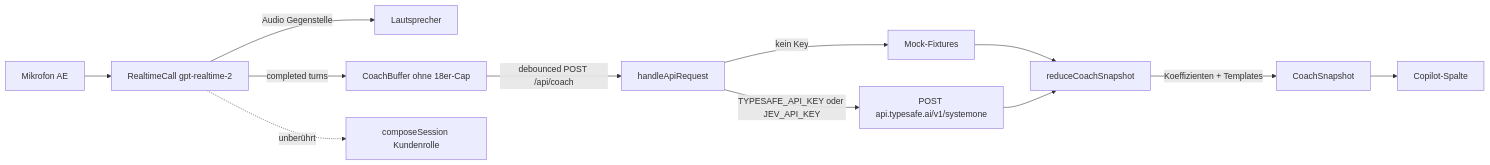
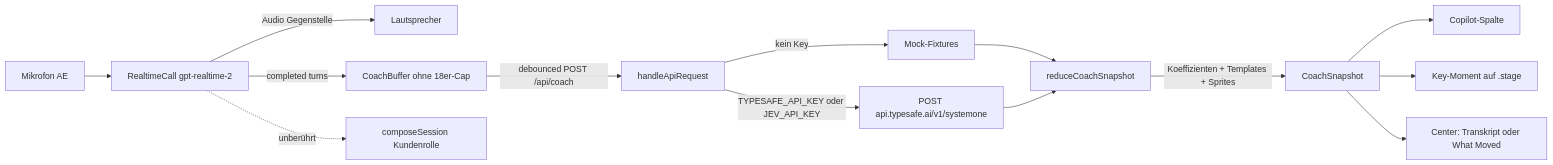
The first of 2 diagrams in docs/plans/jev-sales-copilot.md (Blobby-Spits/Logicc-), drawn with Mermaid before and after one commit. The commit also changed other lines of this file and 2 other files, not shown here.

````diff
--- a/docs/plans/jev-sales-copilot.md
+++ b/docs/plans/jev-sales-copilot.md
@@ -126,14 +176,16 @@
 ```mermaid
 flowchart LR
   mic[Mikrofon AE] --> rt[RealtimeCall gpt-realtime-2]
   rt -->|Audio Gegenstelle| speaker[Lautsprecher]
   rt -->|completed turns| buf[CoachBuffer ohne 18er-Cap]
   buf -->|debounced POST /api/coach| api[handleApiRequest]
   api -->|kein Key| mock[Mock-Fixtures]
   api -->|TYPESAFE_API_KEY oder JEV_API_KEY| jev["POST api.typesafe.ai/v1/systemone"]
   mock --> red[reduceCoachSnapshot]
   jev --> red
-  red -->|Koeffizienten + Templates| snap[CoachSnapshot]
+  red -->|Koeffizienten + Templates + Sprites| snap[CoachSnapshot]
   snap --> ui[Copilot-Spalte]
+  snap --> sprite[Key-Moment auf .stage]
+  snap --> moved[Center: Transkript oder What Moved]
   rt -.->|unberührt| prompts[composeSession Kundenrolle]
 ```
````
